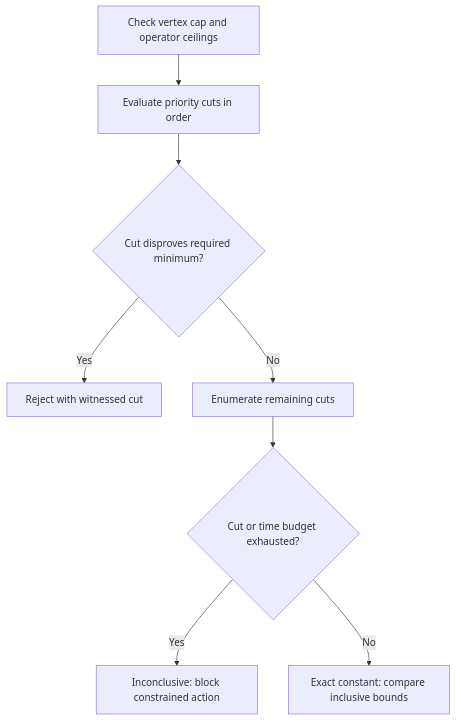
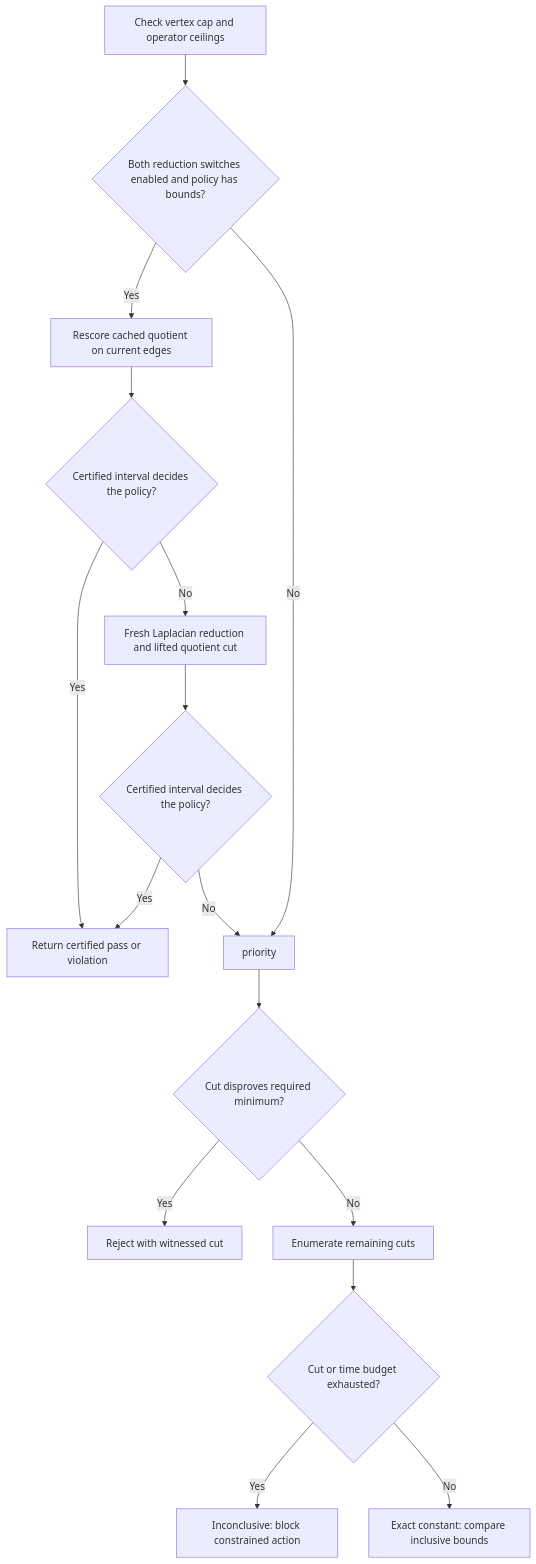
Before and after one commit to astrivant/polyad: the second of 2 diagrams in docs/graphs/cheeger-tuning.md, drawn with Mermaid. The commit also changed other lines of this file and 289 other files, not shown here.

````diff
--- a/docs/graphs/cheeger-tuning.md
+++ b/docs/graphs/cheeger-tuning.md
@@ -253,10 +310,18 @@
 ```mermaid
 flowchart TD
-    boundary["Check vertex cap and operator ceilings"] --> priority["Evaluate priority cuts in order"]
+    boundary["Check vertex cap and operator ceilings"] --> enabled{"Both reduction switches enabled and policy has bounds?"}
+    enabled -->|Yes| cached["Rescore cached quotient on current edges"]
+    cached --> decided{"Certified interval decides the policy?"}
+    decided -->|No| fresh["Fresh Laplacian reduction and lifted quotient cut"]
+    fresh --> decided2{"Certified interval decides the policy?"}
+    decided -->|Yes| certified["Return certified pass or violation"]
+    decided2 -->|Yes| certified
+    decided2 -->|No| priority
+    enabled -->|No| priority
     priority --> bad{"Cut disproves required minimum?"}
     bad -->|Yes| reject["Reject with witnessed cut"]
     bad -->|No| remaining["Enumerate remaining cuts"]
     remaining --> budget{"Cut or time budget exhausted?"}
     budget -->|Yes| unknown["Inconclusive: block constrained action"]
     budget -->|No| exact["Exact constant: compare inclusive bounds"]
 ```
````
